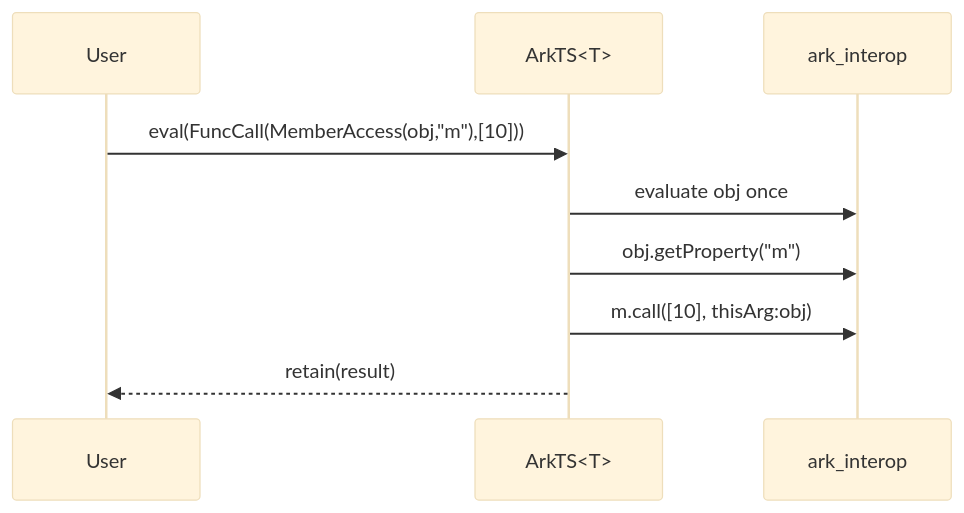
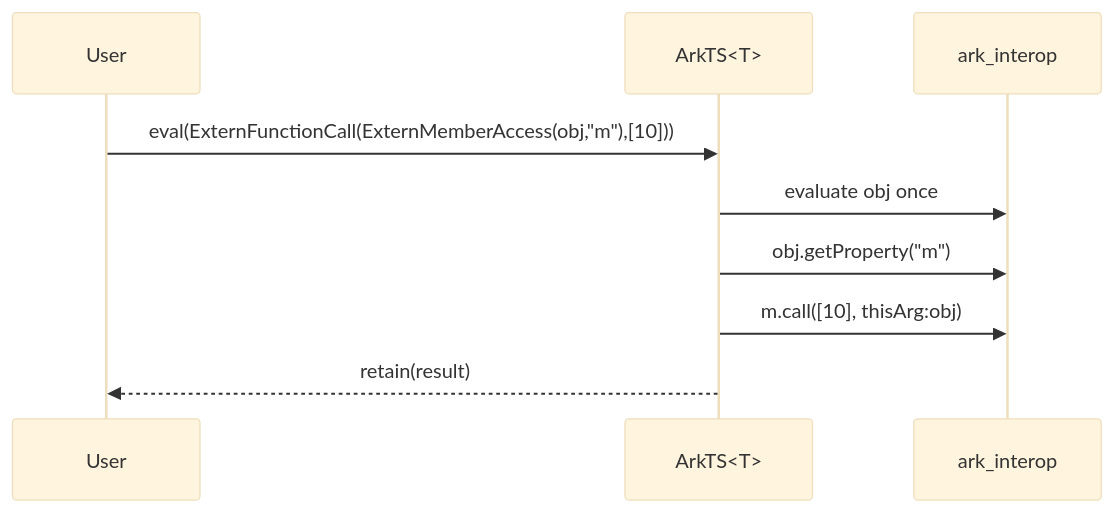
The second of 2 diagrams in docs/arkts_runtime_design_with_eval.md (belolourenco/cangjie_interop_architecture), drawn with Mermaid (base theme) before and after one commit. The commit also changed other lines of this file and 1 other file, not shown here.

````diff
--- a/docs/arkts_runtime_design_with_eval.md
+++ b/docs/arkts_runtime_design_with_eval.md
@@ -411,11 +411,11 @@
 ```mermaid
 sequenceDiagram
     participant U as User
     participant A as ArkTS<T>
     participant O as ark_interop
-    U->>A: eval(FuncCall(MemberAccess(obj,"m"),[10]))
+    U->>A: eval(ExternFunctionCall(ExternMemberAccess(obj,"m"),[10]))
     A->>O: evaluate obj once
     A->>O: obj.getProperty("m")
     A->>O: m.call([10], thisArg:obj)
     A-->>U: retain(result)
 ```
````
